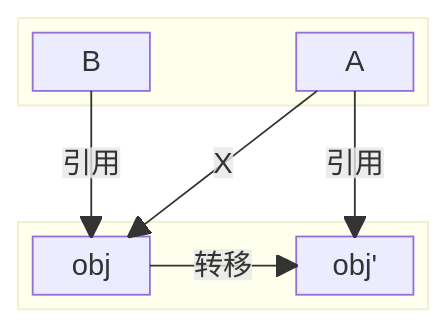
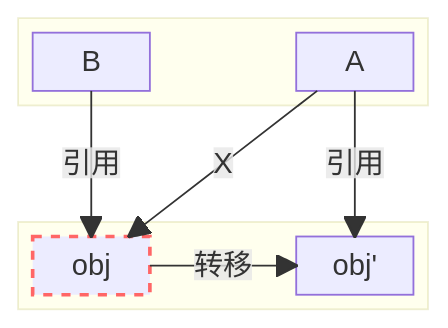
Before and after one commit to CoyAce/codox: the diagram in content/zh-hans/post/ZGC-读屏障.md, drawn with Mermaid.

Commit message:
fix comma bug

````diff
--- a/content/zh-hans/post/ZGC-读屏障.md
+++ b/content/zh-hans/post/ZGC-读屏障.md
@@ -12,16 +12,16 @@
 ```mermaid
 block-beta
   columns 13
   block:stack:13
     B space A
   end
   space:13
   block:heap:13
     obj space obj'
   end
   A --"X"--> obj
   B --"引用"--> obj
   A --"引用"--> obj'
   obj --"转移"--> obj'
-  style obj stroke:#f66，stroke-width:2px，stroke-dasharray: 5 5
+  style obj stroke:#f66,stroke-width:2px,stroke-dasharray: 5 5
 ```
````
